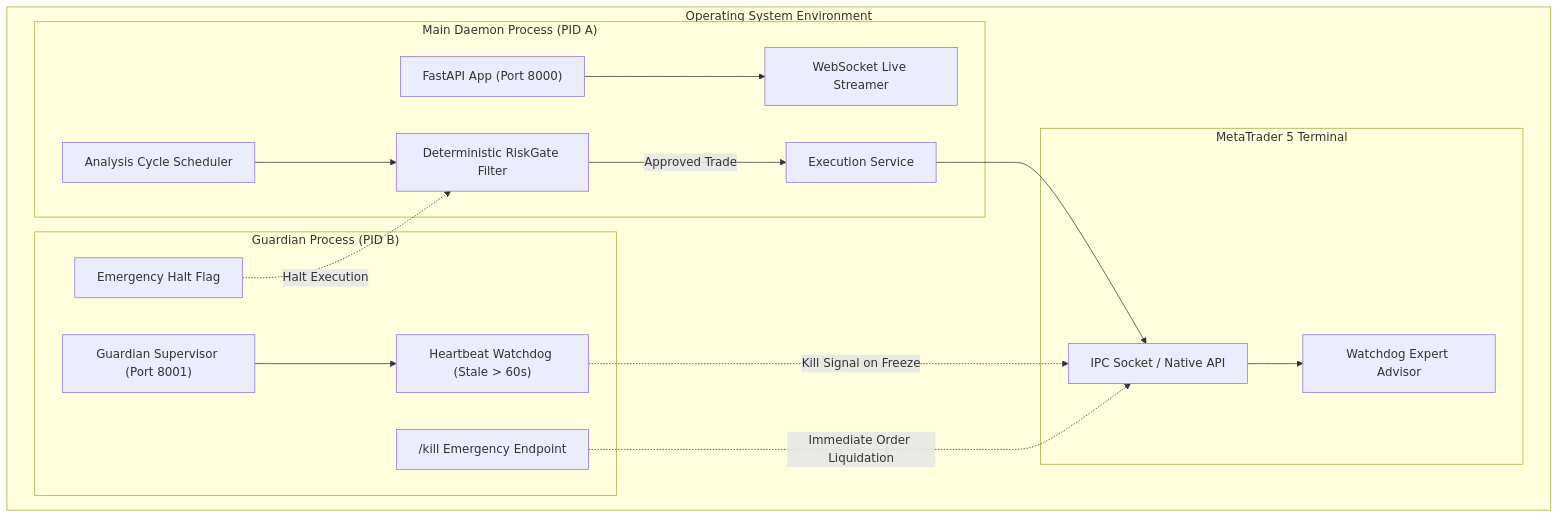
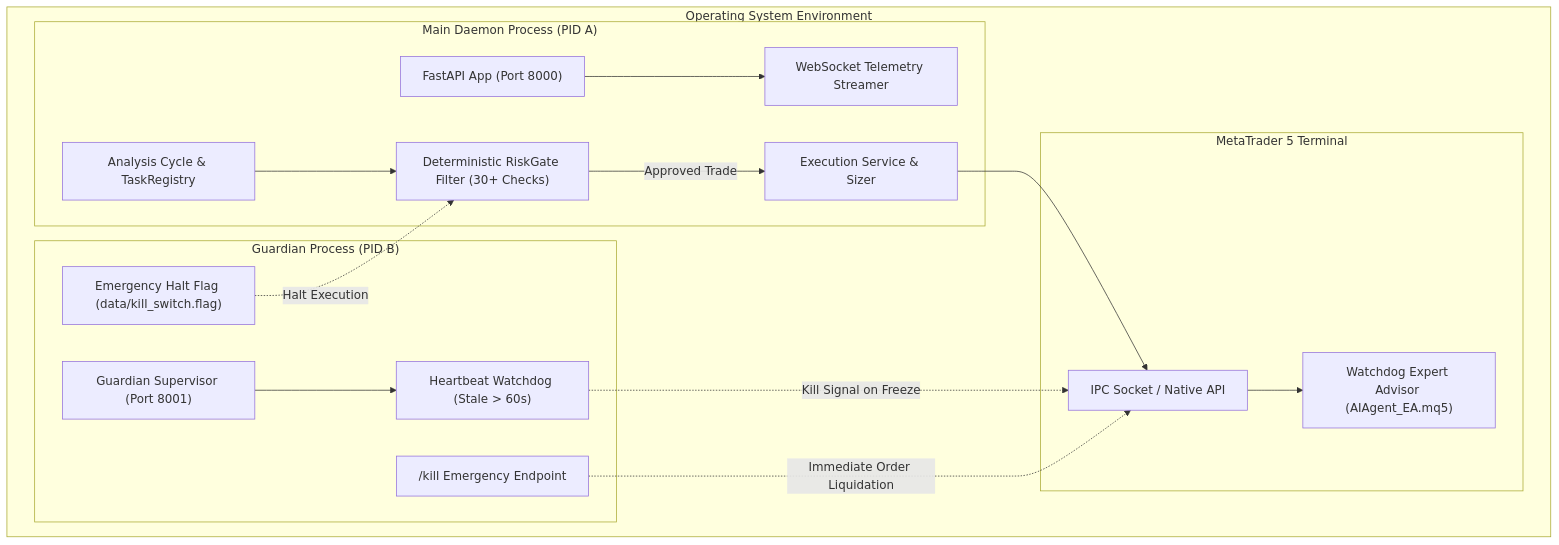
Before and after one commit to alakbarr/Monika: the second of 2 diagrams in docs/architecture/OVERVIEW.md, drawn with Mermaid. The commit also changed other lines of this file and 114 other files, not shown here.

````diff
--- a/docs/architecture/OVERVIEW.md
+++ b/docs/architecture/OVERVIEW.md
@@ -73,35 +78,35 @@
 ```mermaid
 graph TD
     subgraph System["Operating System Environment"]
         subgraph Daemon["Main Daemon Process (PID A)"]
             APP["FastAPI App (Port 8000)"]
-            WS["WebSocket Live Streamer"]
-            SCHEDULER["Analysis Cycle Scheduler"]
-            RISK_GATE["Deterministic RiskGate Filter"]
-            EXEC["Execution Service"]
+            WS["WebSocket Telemetry Streamer"]
+            SCHEDULER["Analysis Cycle & TaskRegistry"]
+            RISK_GATE["Deterministic RiskGate Filter (30+ Checks)"]
+            EXEC["Execution Service & Sizer"]
         end
 
         subgraph Guardian["Guardian Process (PID B)"]
             SUPER["Guardian Supervisor (Port 8001)"]
             KILL_EP["/kill Emergency Endpoint"]
             WATCHDOG["Heartbeat Watchdog (Stale > 60s)"]
-            FLAG["Emergency Halt Flag"]
+            FLAG["Emergency Halt Flag (data/kill_switch.flag)"]
         end
 
         subgraph Broker["MetaTrader 5 Terminal"]
-            EA["Watchdog Expert Advisor"]
+            EA["Watchdog Expert Advisor (AIAgent_EA.mq5)"]
             SOCKET["IPC Socket / Native API"]
         end
     end
 
     APP --> WS
     SCHEDULER --> RISK_GATE
     RISK_GATE -->|Approved Trade| EXEC
     EXEC --> SOCKET
     SOCKET --> EA
 
     SUPER --> WATCHDOG
     WATCHDOG -.->|Kill Signal on Freeze| SOCKET
     KILL_EP -.->|Immediate Order Liquidation| SOCKET
     FLAG -.->|Halt Execution| RISK_GATE
 ```
````
